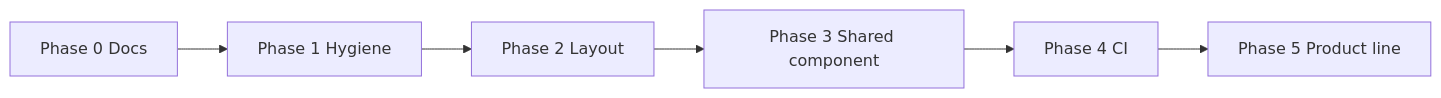
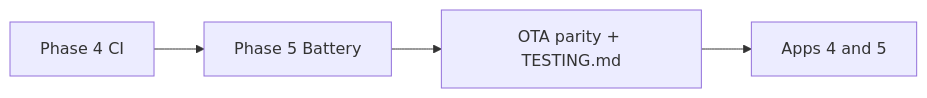
The diagram in docs/POLISH_PLAN.md (CosmosKiller/comsosFivePieceBasis), drawn with Mermaid before and after one commit. The commit also changed other lines of this file and 26 other files, not shown here.

First line of the commit message:
Add cosmos_battery component and fix CI build environment.

````diff
--- a/docs/POLISH_PLAN.md
+++ b/docs/POLISH_PLAN.md
@@ -155,8 +157,6 @@
 ```mermaid
 flowchart LR
-  P0[Phase 0 Docs] --> P1[Phase 1 Hygiene]
-  P1 --> P2[Phase 2 Layout]
-  P2 --> P3[Phase 3 Shared component]
-  P3 --> P4[Phase 4 CI]
-  P4 --> P5[Phase 5 Product line]
+  P4[Phase 4 CI] --> P5a[Phase 5 Battery]
+  P5a --> P5b[OTA parity + TESTING.md]
+  P5b --> P5c[Apps 4 and 5]
 ```
````
